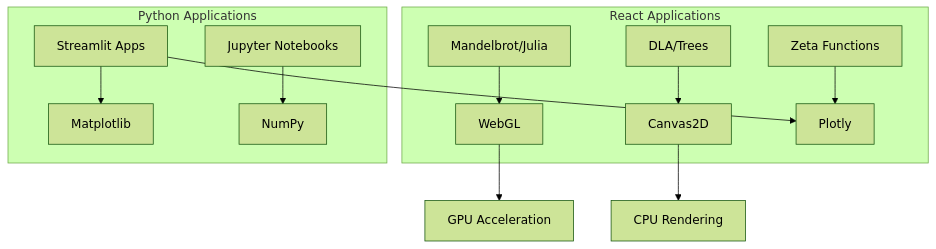
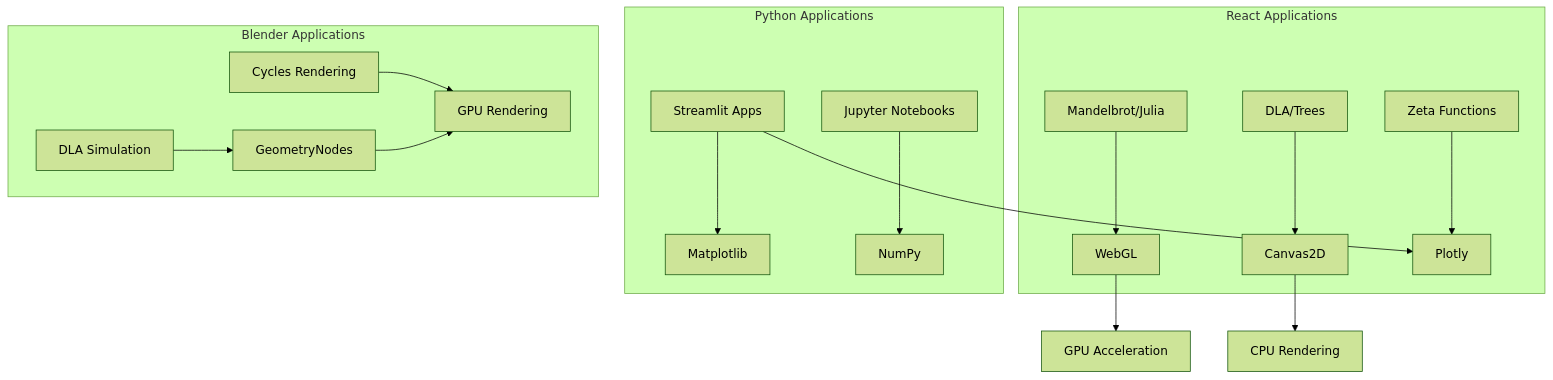
The diagram in docs/applications/index.md (tyson-swetnam/fractal-notebooks), drawn with Mermaid (forest theme) before and after one commit. The commit also changed other lines of this file and 5 other files, not shown here.

First line of the commit message:
Add Phase 6 Export & Integration for Blender DLA

````diff
--- a/docs/applications/index.md
+++ b/docs/applications/index.md
@@ -80,17 +86,23 @@
 ```mermaid
 graph TB
     subgraph React["React Applications"]
         R1[Mandelbrot/Julia] --> WebGL
         R2[DLA/Trees] --> Canvas2D
         R3[Zeta Functions] --> Plotly
     end
 
     subgraph Python["Python Applications"]
         P1[Streamlit Apps] --> Matplotlib
         P1 --> Plotly
         P2[Jupyter Notebooks] --> NumPy
     end
 
+    subgraph Blender["Blender Applications"]
+        B1[DLA Simulation] --> GeometryNodes
+        B2[Cycles Rendering] --> GPU2[GPU Rendering]
+    end
+
     WebGL --> GPU[GPU Acceleration]
     Canvas2D --> CPU[CPU Rendering]
+    GeometryNodes --> GPU2
 ```
````
